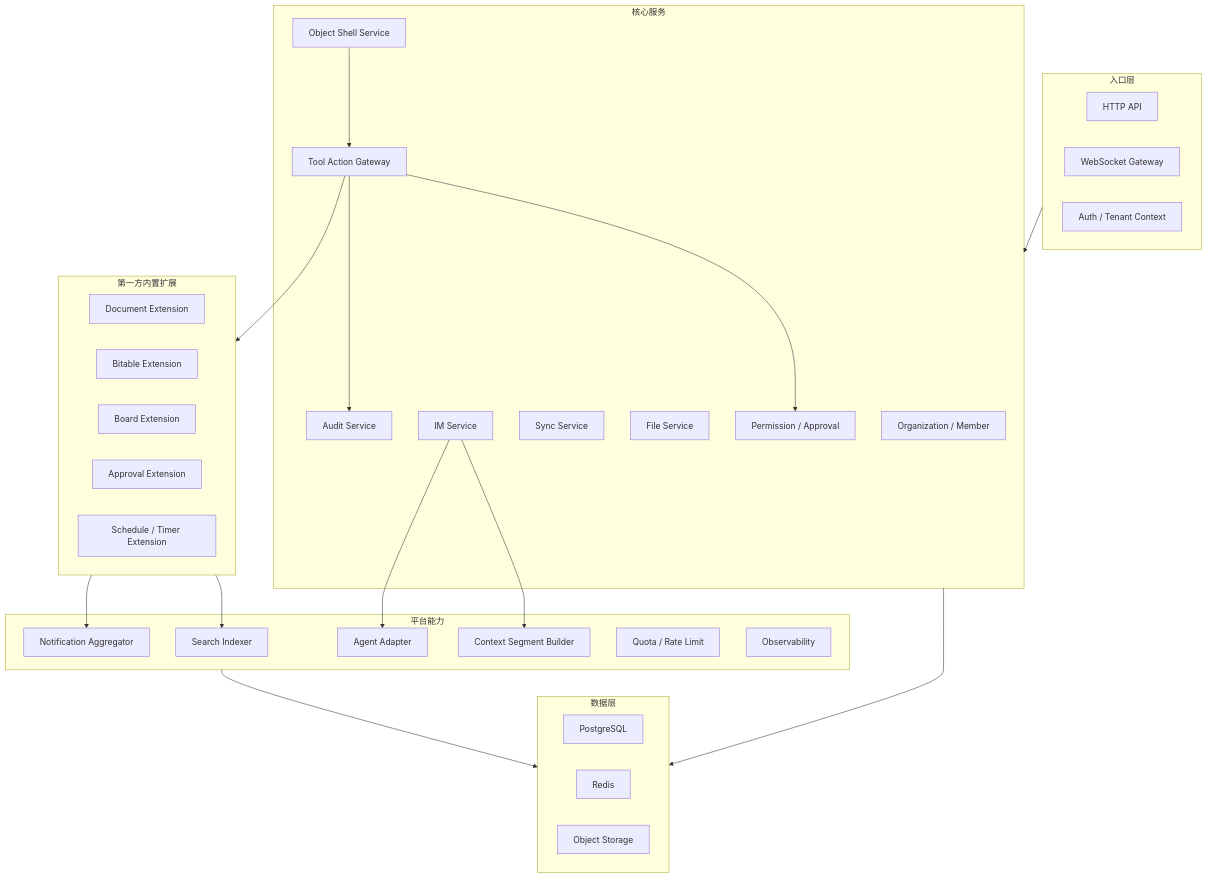
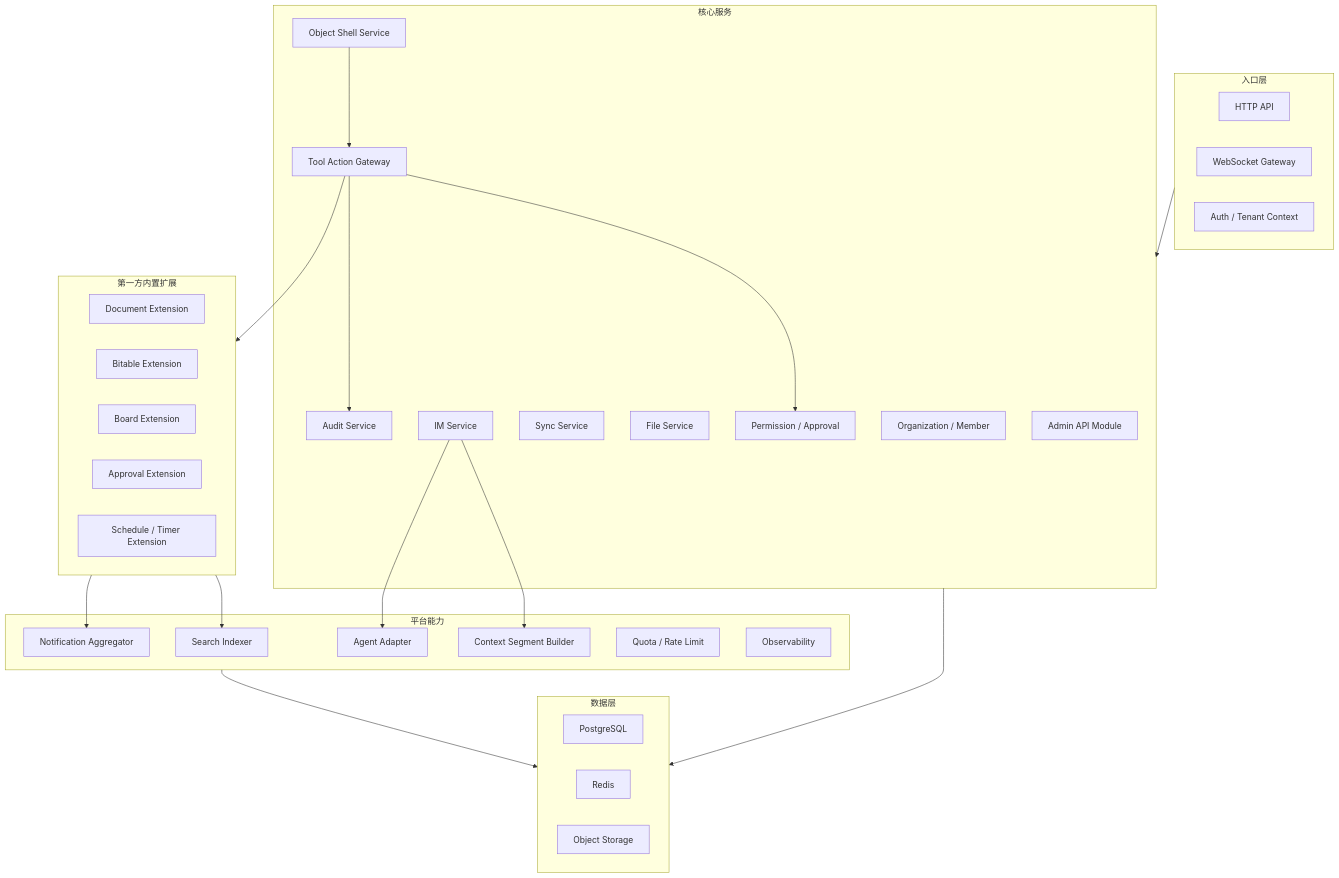
The first of 4 diagrams in virtual-team/src/04-collaboration-app/technical-design/server-architecture.md (chongyi/virtual-team-architecture), drawn with Mermaid before and after one commit. The commit also changed other lines of this file and 15 other files, not shown here.

````diff
--- a/virtual-team/src/04-collaboration-app/technical-design/server-architecture.md
+++ b/virtual-team/src/04-collaboration-app/technical-design/server-architecture.md
@@ -11,54 +11,55 @@
 ```mermaid
 flowchart TB
     subgraph edge["入口层"]
         http["HTTP API"]
         ws["WebSocket Gateway"]
         auth["Auth / Tenant Context"]
     end
 
     subgraph core["核心服务"]
         org["Organization / Member"]
         im["IM Service"]
         sync["Sync Service"]
         file["File Service"]
         object["Object Shell Service"]
         action["Tool Action Gateway"]
         permission["Permission / Approval"]
         audit["Audit Service"]
+        admin["Admin API Module"]
     end
 
     subgraph extensions["第一方内置扩展"]
         doc["Document Extension"]
         bitable["Bitable Extension"]
         board["Board Extension"]
         approval["Approval Extension"]
         schedule["Schedule / Timer Extension"]
     end
 
     subgraph platform["平台能力"]
         search["Search Indexer"]
         notification["Notification Aggregator"]
         context["Context Segment Builder"]
         agent["Agent Adapter"]
         quota["Quota / Rate Limit"]
         obs["Observability"]
     end
 
     subgraph data["数据层"]
         pg["PostgreSQL"]
         redis["Redis"]
         s3["Object Storage"]
     end
 
     edge --> core
     im --> context
     im --> agent
     object --> action
     action --> extensions
     action --> permission
     action --> audit
     extensions --> search
     extensions --> notification
     core --> data
     platform --> data
 ```
````
